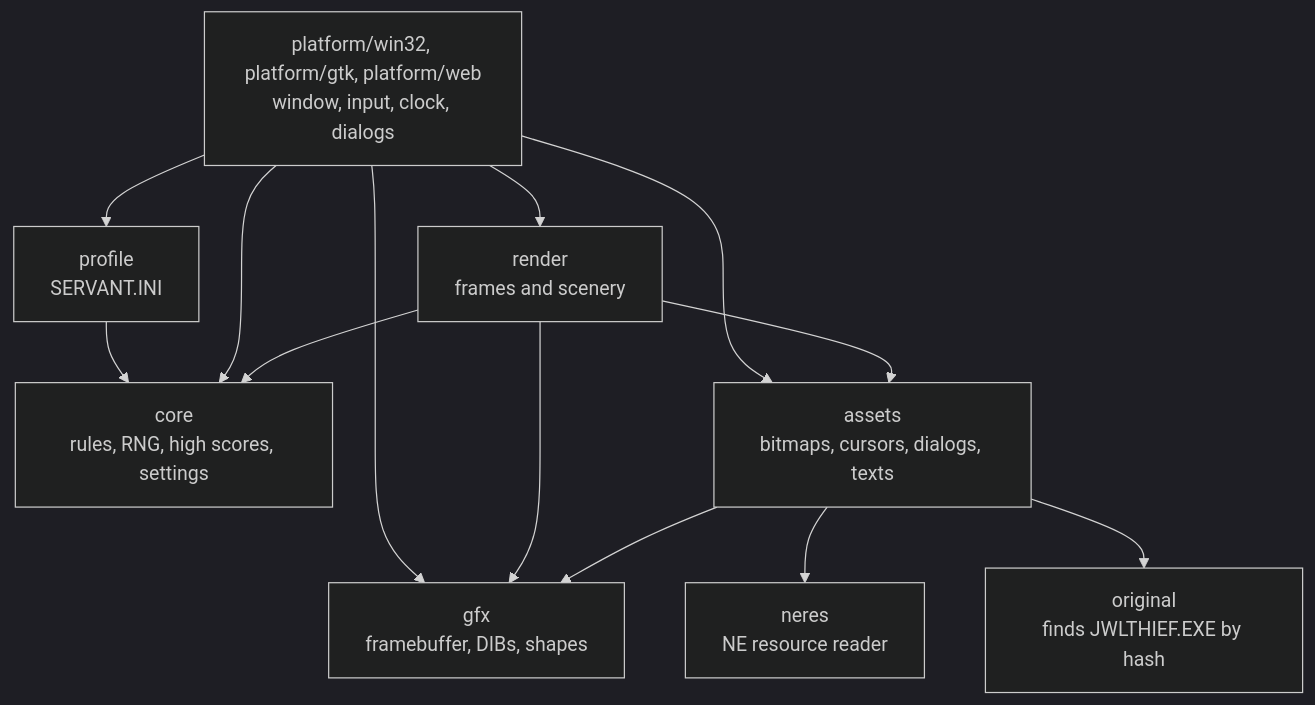
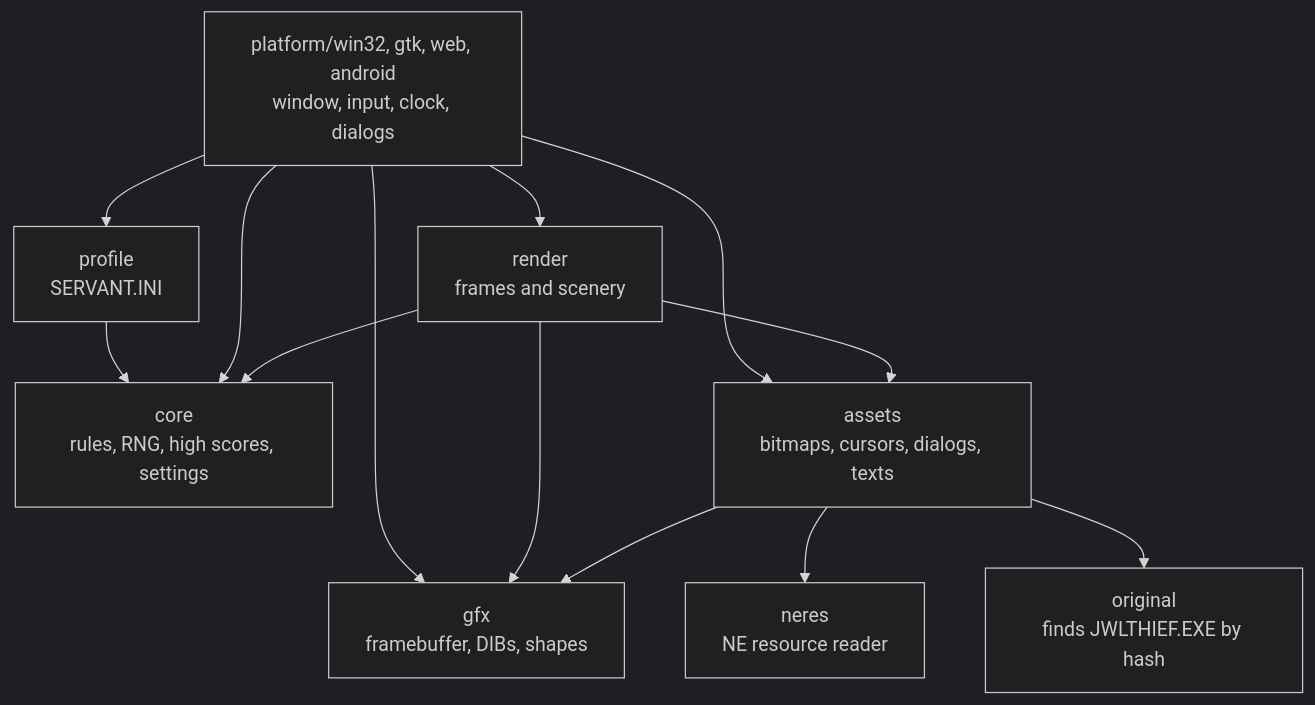
Before and after one commit to hfantini/ai_recompilation_jthief: the diagram in README.md, drawn with Mermaid (dark theme). The commit also changed other lines of this file and 22 other files, not shown here.

````diff
--- a/README.md
+++ b/README.md
@@ -153,24 +188,24 @@
 ```mermaid
 flowchart TD
-    platform["platform/win32, platform/gtk, platform/web<br/>window, input, clock, dialogs"]
+    platform["platform/win32, gtk, web, android<br/>window, input, clock, dialogs"]
     profile["profile<br/>SERVANT.INI"]
     render["render<br/>frames and scenery"]
     core["core<br/>rules, RNG, high scores, settings"]
     gfx["gfx<br/>framebuffer, DIBs, shapes"]
     assets["assets<br/>bitmaps, cursors, dialogs, texts"]
     neres["neres<br/>NE resource reader"]
     original["original<br/>finds JWLTHIEF.EXE by hash"]
 
     platform --> render
     platform --> profile
     profile --> core
     platform --> gfx
     platform --> core
     platform --> assets
     render --> core
     render --> gfx
     render --> assets
     assets --> gfx
     assets --> neres
     assets --> original
 ```
````
